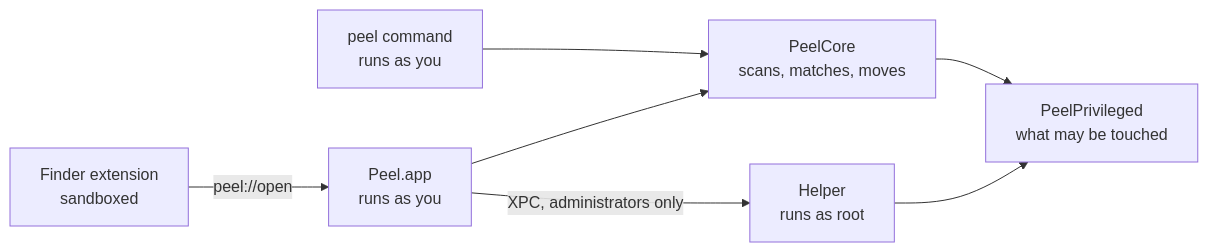
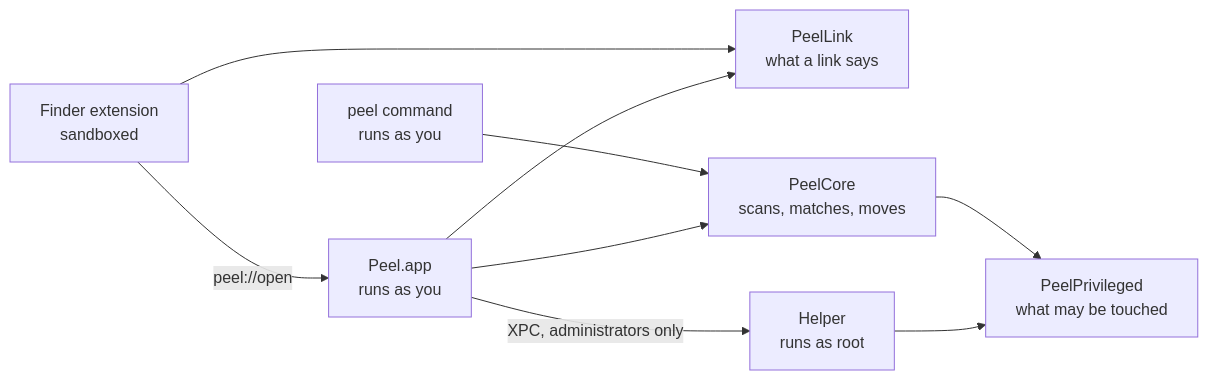
Before and after one commit to TuguiDragos/Peel: the diagram in ARCHITECTURE.md, drawn with Mermaid. The commit also changed other lines of this file and 9 other files, not shown here.

First line of the commit message:
The peel://open link is built and read in one place, with tests

````diff
--- a/ARCHITECTURE.md
+++ b/ARCHITECTURE.md
@@ -18,9 +18,11 @@
 ```mermaid
 flowchart LR
     Finder["Finder extension<br>sandboxed"] -- "peel://open" --> App["Peel.app<br>runs as you"]
+    Finder --> Link["PeelLink<br>what a link says"]
+    App --> Link
     CLI["peel command<br>runs as you"] --> Core["PeelCore<br>scans, matches, moves"]
     App --> Core
     App -- "XPC, administrators only" --> Helper["Helper<br>runs as root"]
     Core --> Privileged["PeelPrivileged<br>what may be touched"]
     Helper --> Privileged
 ```
````
